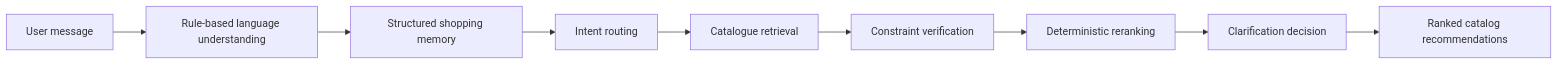
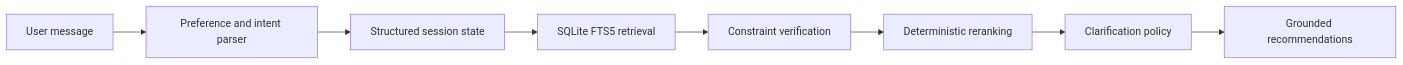
One commit to gongahkia/tiktok-techjam-hackathon-2026 changed the diagram in docs/architecture.md. Above: the diagram before and after it, drawn with Mermaid. The commit also changed other lines of this file and 85 other files, not shown here.

````diff
--- a/docs/architecture.md
+++ b/docs/architecture.md
@@ -5,11 +5,10 @@
 ```mermaid
 flowchart LR
-    U[User message] --> P[Rule-based language understanding]
-    P --> M[Structured shopping memory]
-    M --> I[Intent routing]
-    I --> R[Catalogue retrieval]
+    U[User message] --> P[Preference and intent parser]
+    P --> S[Structured session state]
+    S --> R[SQLite FTS5 retrieval]
     R --> V[Constraint verification]
     V --> K[Deterministic reranking]
-    K --> Q[Clarification decision]
-    Q --> O[Ranked catalog recommendations]
+    K --> Q[Clarification policy]
+    Q --> O[Grounded recommendations]
 ```
````
